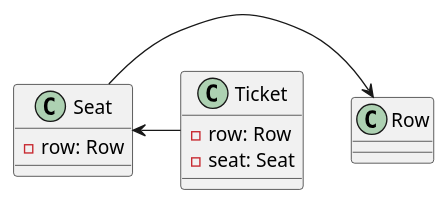
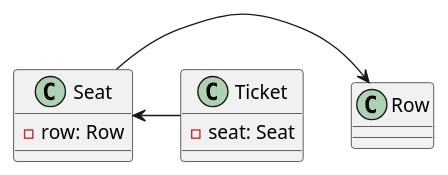
Before and after one commit to raphaelabl/lecture-notes: diagram 28 of 28 in asciidocs/assignment01-grading.adoc, drawn with PlantUML. The commit also changed 2 other files, not shown here.

Commit message:
fix minor mistakes

```diff
--- a/asciidocs/assignment01-grading.adoc
+++ b/asciidocs/assignment01-grading.adoc
@@ -2233,17 +2233,16 @@
 [plantuml]
 ----
 @startuml
 class Row {
 }
 class Seat {
   -row: Row
 }
 class Ticket {
-  -row: Row
   -seat: Seat
 }
 
 Row <-l- Seat
 Ticket -l-> Seat
 @enduml
 ----
```
